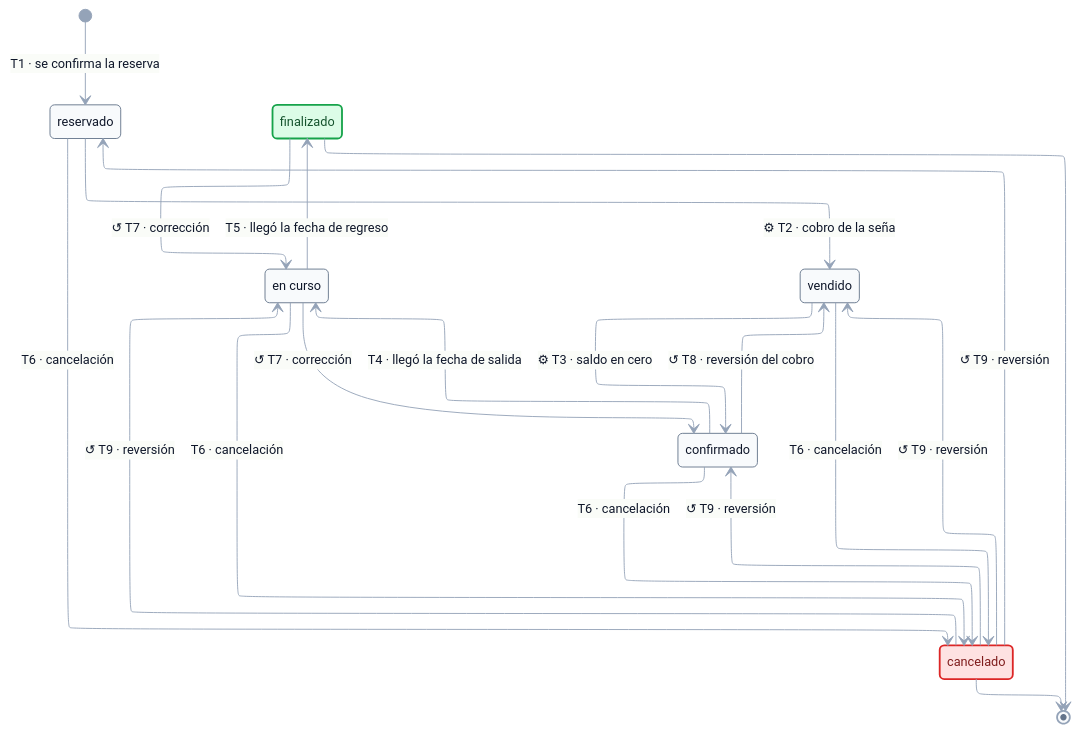
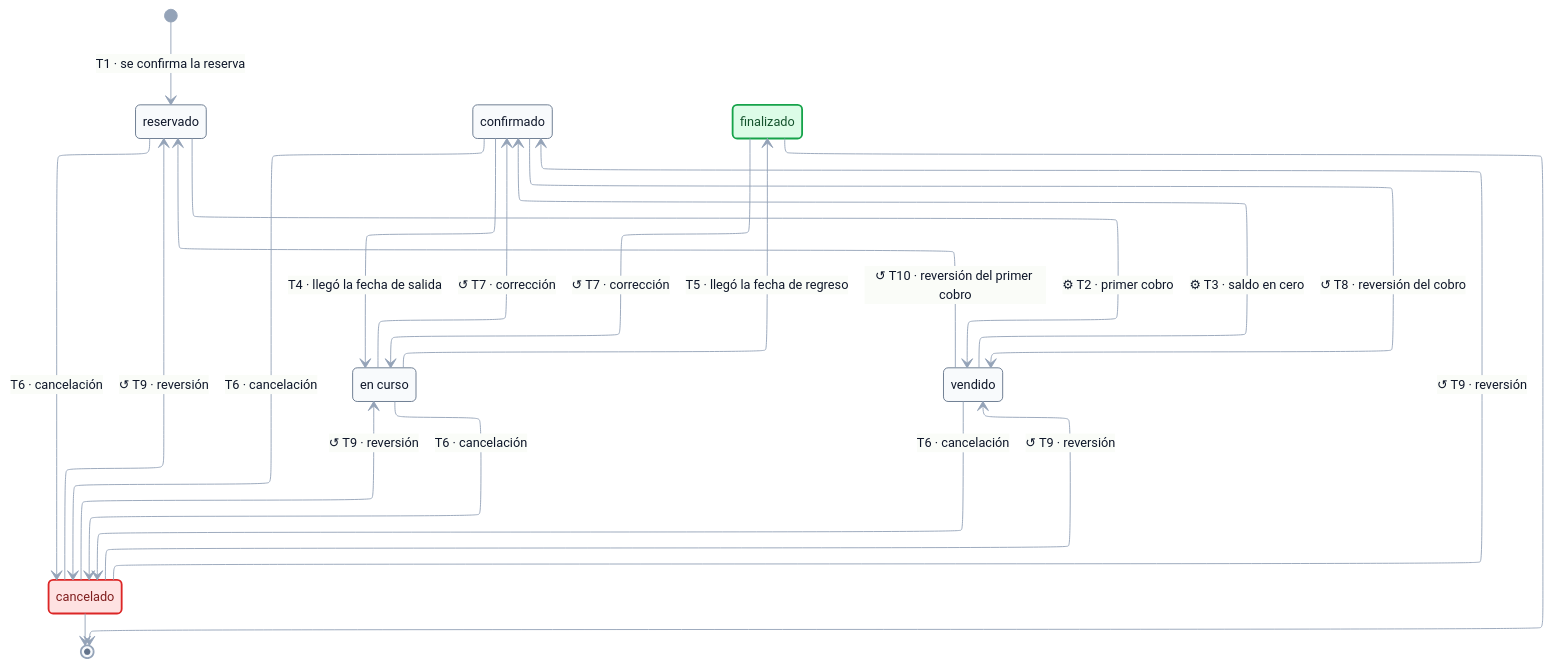
The diagram in 03-Dominio/Diagramas/Estados/EST-Viaje.md (FranLuciano04/Vault-Rumbo), drawn with Mermaid before and after one commit. The commit also changed other lines of this file and 84 other files, not shown here.

````diff
--- a/03-Dominio/Diagramas/Estados/EST-Viaje.md
+++ b/03-Dominio/Diagramas/Estados/EST-Viaje.md
@@ -110,34 +121,35 @@
 ```mermaid
 %%{init: {'layout':'elk','elk':{'nodePlacementStrategy':'BRANDES_KOEPF','mergeEdges':false,'considerModelOrder':true},'theme':'base','themeVariables':{'fontFamily':'Segoe UI, Arial, sans-serif','fontSize':'14px','primaryColor':'#f8fafc','primaryBorderColor':'#64748b','primaryTextColor':'#0f172a','lineColor':'#94a3b8'}}}%%
 stateDiagram-v2
     direction TB
 
     state "en curso" as en_curso
 
     [*] --> reservado : T1 · se confirma la reserva
-    reservado  --> vendido     : ⚙ T2 · cobro de la seña
+    reservado  --> vendido     : ⚙ T2 · primer cobro
     vendido    --> confirmado  : ⚙ T3 · saldo en cero
     confirmado --> en_curso    : T4 · llegó la fecha de salida
     en_curso   --> finalizado  : T5 · llegó la fecha de regreso
     finalizado --> [*]
 
     reservado  --> cancelado : T6 · cancelación
     vendido    --> cancelado : T6 · cancelación
     confirmado --> cancelado : T6 · cancelación
     en_curso   --> cancelado : T6 · cancelación
     cancelado  --> [*]
 
     confirmado --> vendido    : ↺ T8 · reversión del cobro
+    vendido    --> reservado  : ↺ T10 · reversión del primer cobro
     en_curso   --> confirmado : ↺ T7 · corrección
     finalizado --> en_curso   : ↺ T7 · corrección
 
     cancelado --> reservado  : ↺ T9 · reversión
     cancelado --> vendido    : ↺ T9 · reversión
     cancelado --> confirmado : ↺ T9 · reversión
     cancelado --> en_curso   : ↺ T9 · reversión
 
     classDef terminal fill:#dcfce7,stroke:#16a34a,stroke-width:2px,color:#14532d
     classDef baja fill:#fee2e2,stroke:#dc2626,stroke-width:2px,color:#7f1d1d
     class finalizado terminal
     class cancelado baja
 ```
````
